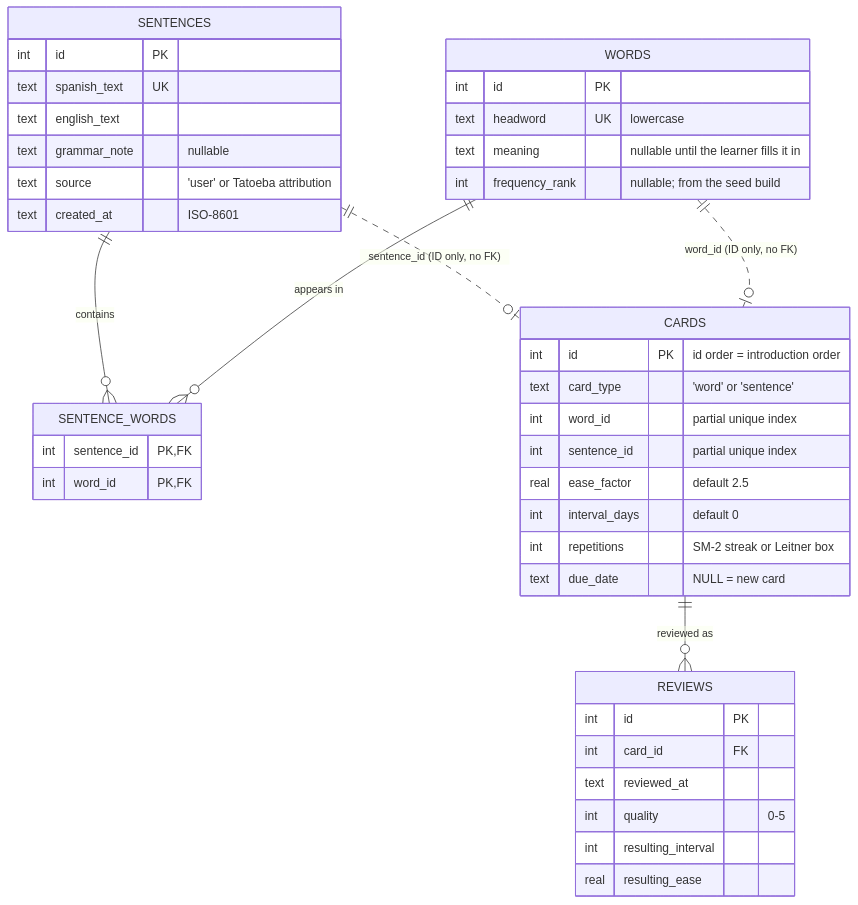
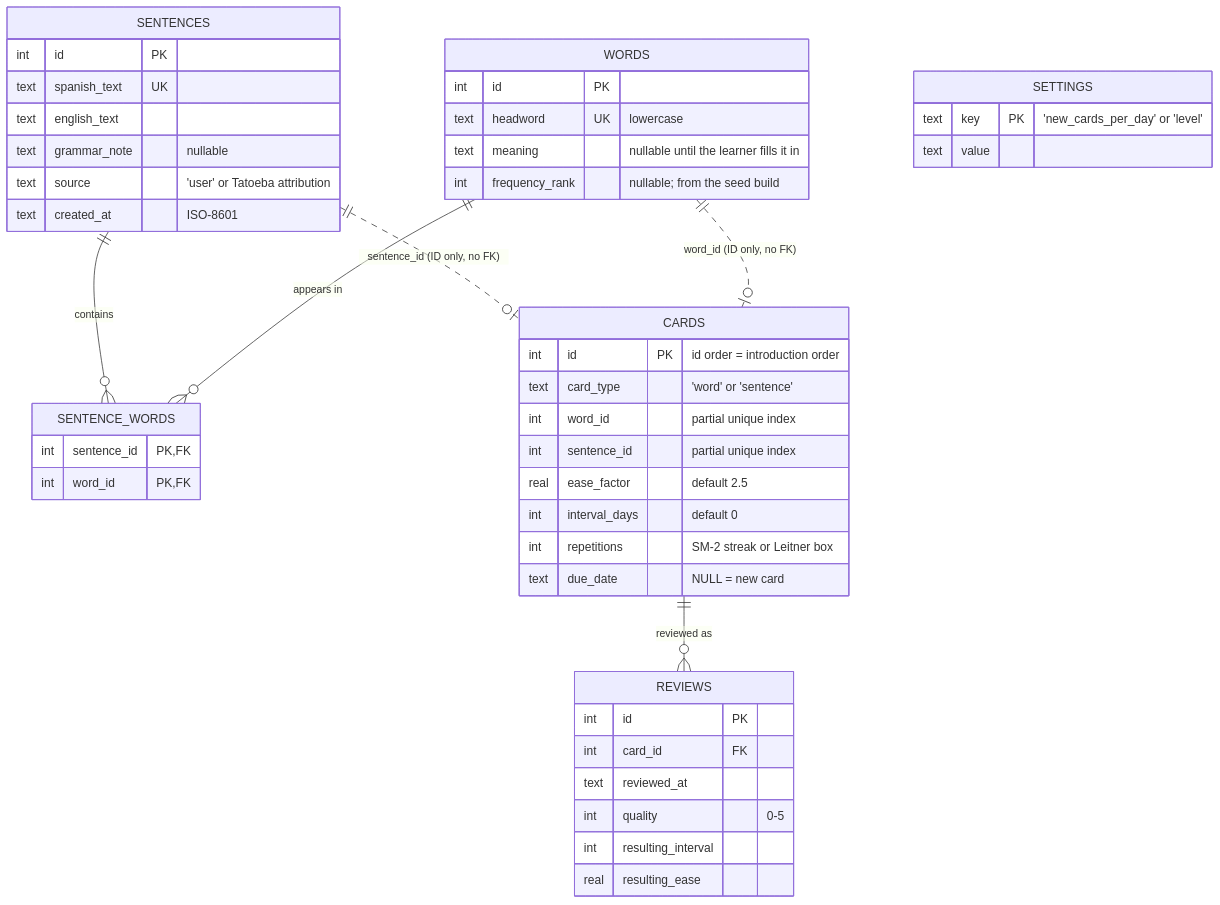
The third of 3 diagrams in docs/diagrams.md (Allaawii/devops_individual_assignment_1), drawn with Mermaid before and after one commit. The commit also changed other lines of this file and 35 other files, not shown here.

Commit message:
Finalize Frase: redesigned UI, placement quiz, five-tier seed data, key words, full README and architecture diagrams

````diff
--- a/docs/diagrams.md
+++ b/docs/diagrams.md
@@ -8,45 +85,49 @@
 ```mermaid
 erDiagram
     SENTENCES ||--o{ SENTENCE_WORDS : "contains"
     WORDS     ||--o{ SENTENCE_WORDS : "appears in"
     SENTENCES ||..o| CARDS : "sentence_id (ID only, no FK)"
     WORDS     ||..o| CARDS : "word_id (ID only, no FK)"
     CARDS     ||--o{ REVIEWS : "reviewed as"
 
     SENTENCES {
         int  id PK
         text spanish_text UK
         text english_text
         text grammar_note "nullable"
         text source "'user' or Tatoeba attribution"
         text created_at "ISO-8601"
     }
     WORDS {
         int  id PK
         text headword UK "lowercase"
         text meaning "nullable until the learner fills it in"
         int  frequency_rank "nullable; from the seed build"
     }
     SENTENCE_WORDS {
         int sentence_id PK, FK
         int word_id PK, FK
     }
     CARDS {
         int  id PK "id order = introduction order"
         text card_type "'word' or 'sentence'"
         int  word_id "partial unique index"
         int  sentence_id "partial unique index"
         real ease_factor "default 2.5"
         int  interval_days "default 0"
         int  repetitions "SM-2 streak or Leitner box"
         text due_date "NULL = new card"
     }
     REVIEWS {
         int  id PK
         int  card_id FK
         text reviewed_at
         int  quality "0-5"
         int  resulting_interval
         real resulting_ease
     }
+    SETTINGS {
+        text key PK "'new_cards_per_day' or 'level'"
+        text value
+    }
 ```
````
